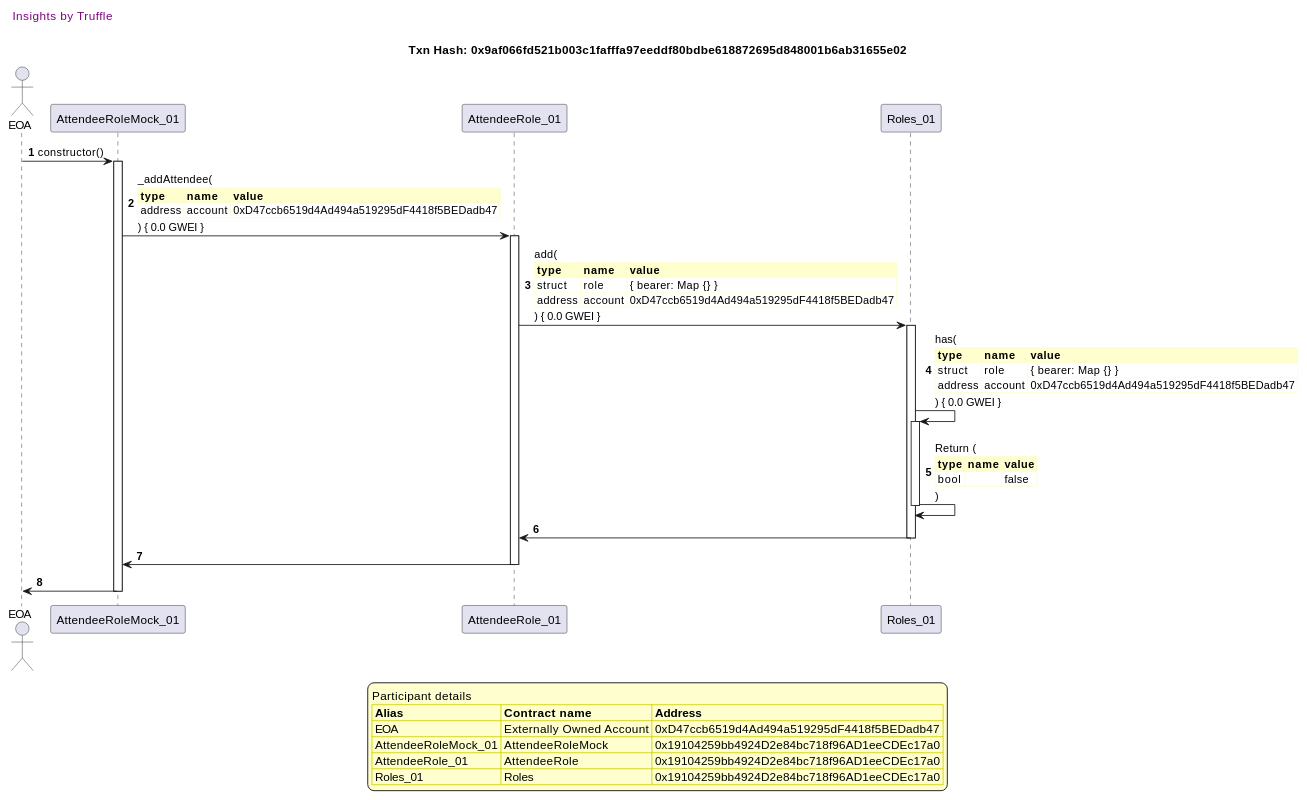
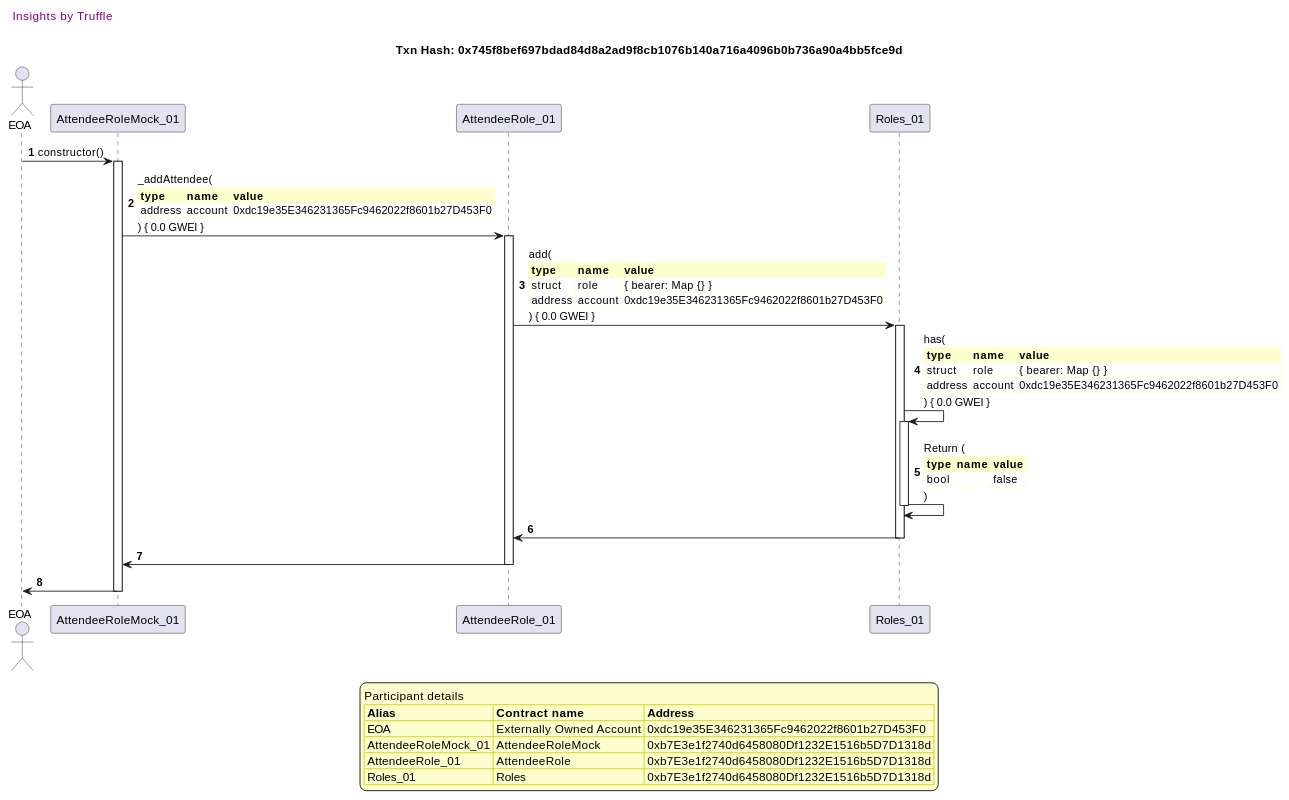
Before and after one commit to fodisi/hackapay: diagram 15 of 41 in truffle-seq/roles_attendeerole.md, drawn with PlantUML. The commit also changed other lines of this file and 10 other files, not shown here.

````diff
--- a/truffle-seq/roles_attendeerole.md
+++ b/truffle-seq/roles_attendeerole.md
@@ -1141,61 +1141,61 @@
 ```plantuml
 
 
 @startuml
 
 autonumber
 skinparam legendBackgroundColor #FEFECE
 
 <style>
       header {
         HorizontalAlignment left
         FontColor purple
         FontSize 14
         Padding 10
       }
     </style>
 
 header Insights by Truffle
 
-title Txn Hash: 0x9af066fd521b003c1fafffa97eeddf80bdbe618872695d848001b6ab31655e02
+title Txn Hash: 0x745f8bef697bdad84d8a2ad9f8cb1076b140a716a4096b0b736a90a4bb5fce9d
 
 
 actor EOA as "EOA"
 participant AttendeeRoleMock_01 as "AttendeeRoleMock_01"
 participant AttendeeRole_01 as "AttendeeRole_01"
 participant Roles_01 as "Roles_01"
 
 "EOA" -> "AttendeeRoleMock_01" ++: constructor()
 "AttendeeRoleMock_01" -> "AttendeeRole_01" ++: _addAttendee(\n\
 <#FEFECE,#FEFECE>|= type |= name |= value |\n\
-| address | account | 0xD47ccb6519d4Ad494a519295dF4418f5BEDadb47 |\n\
+| address | account | 0xdc19e35E346231365Fc9462022f8601b27D453F0 |\n\
 ) { 0.0 GWEI }
 "AttendeeRole_01" -> "Roles_01" ++: add(\n\
 <#FEFECE,#FEFECE>|= type |= name |= value |\n\
 | struct | role | { bearer: Map {} } |\n\
-| address | account | 0xD47ccb6519d4Ad494a519295dF4418f5BEDadb47 |\n\
+| address | account | 0xdc19e35E346231365Fc9462022f8601b27D453F0 |\n\
 ) { 0.0 GWEI }
 "Roles_01" -> "Roles_01" ++: has(\n\
 <#FEFECE,#FEFECE>|= type |= name |= value |\n\
 | struct | role | { bearer: Map {} } |\n\
-| address | account | 0xD47ccb6519d4Ad494a519295dF4418f5BEDadb47 |\n\
+| address | account | 0xdc19e35E346231365Fc9462022f8601b27D453F0 |\n\
 ) { 0.0 GWEI }
 "Roles_01" -> "Roles_01" --: Return (\n\
 <#FEFECE,#FEFECE>|= type |= name |= value |\n\
 | bool |  | false |\n\
 )
 "Roles_01" -> "AttendeeRole_01" --: 
 "AttendeeRole_01" -> "AttendeeRoleMock_01" --: 
 "AttendeeRoleMock_01" -> "EOA" --: 
 
 legend
 Participant details
 <#FEFECE,#D0D000>|= Alias |= Contract name |= Address |
-<#FEFECE>| EOA | Externally Owned Account | 0xD47ccb6519d4Ad494a519295dF4418f5BEDadb47 |
-<#FEFECE>| AttendeeRoleMock_01 | AttendeeRoleMock | 0x19104259bb4924D2e84bc718f96AD1eeCDEc17a0 |
-<#FEFECE>| AttendeeRole_01 | AttendeeRole | 0x19104259bb4924D2e84bc718f96AD1eeCDEc17a0 |
-<#FEFECE>| Roles_01 | Roles | 0x19104259bb4924D2e84bc718f96AD1eeCDEc17a0 |
+<#FEFECE>| EOA | Externally Owned Account | 0xdc19e35E346231365Fc9462022f8601b27D453F0 |
+<#FEFECE>| AttendeeRoleMock_01 | AttendeeRoleMock | 0xb7E3e1f2740d6458080Df1232E1516b5D7D1318d |
+<#FEFECE>| AttendeeRole_01 | AttendeeRole | 0xb7E3e1f2740d6458080Df1232E1516b5D7D1318d |
+<#FEFECE>| Roles_01 | Roles | 0xb7E3e1f2740d6458080Df1232E1516b5D7D1318d |
 endlegend
 
 @enduml
 ```
````
